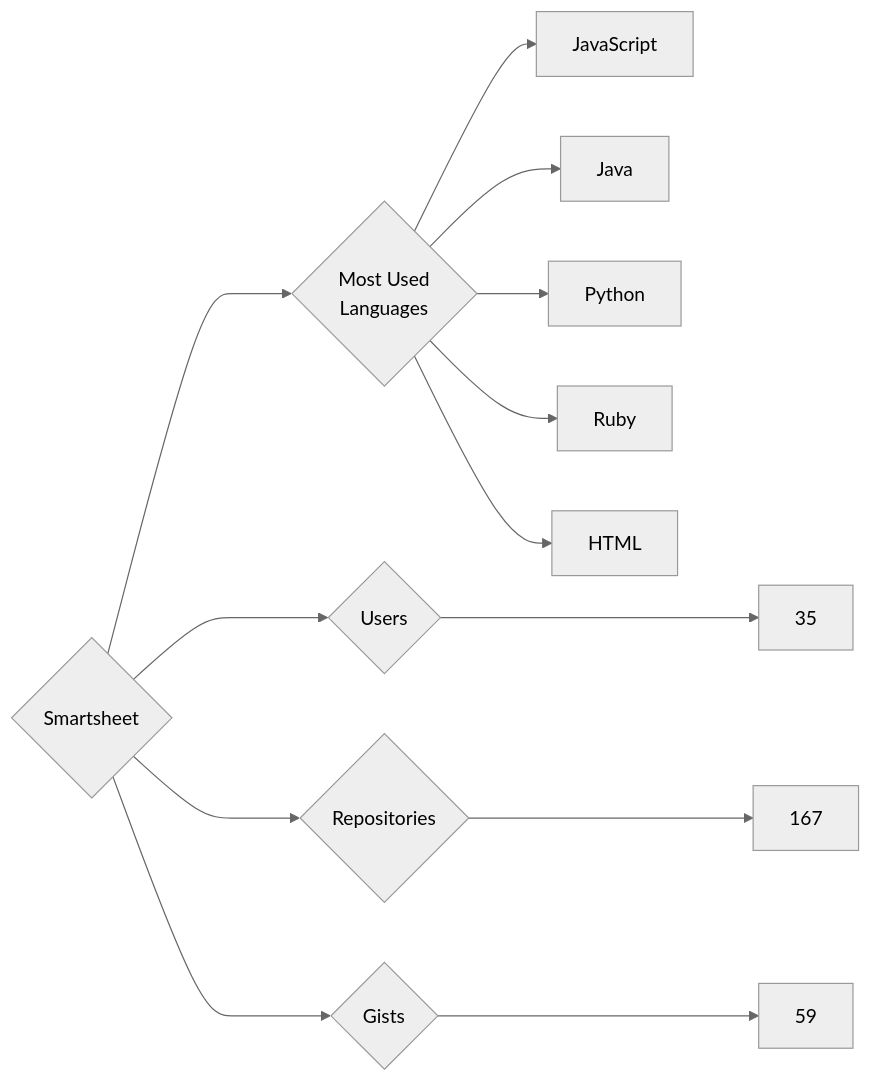
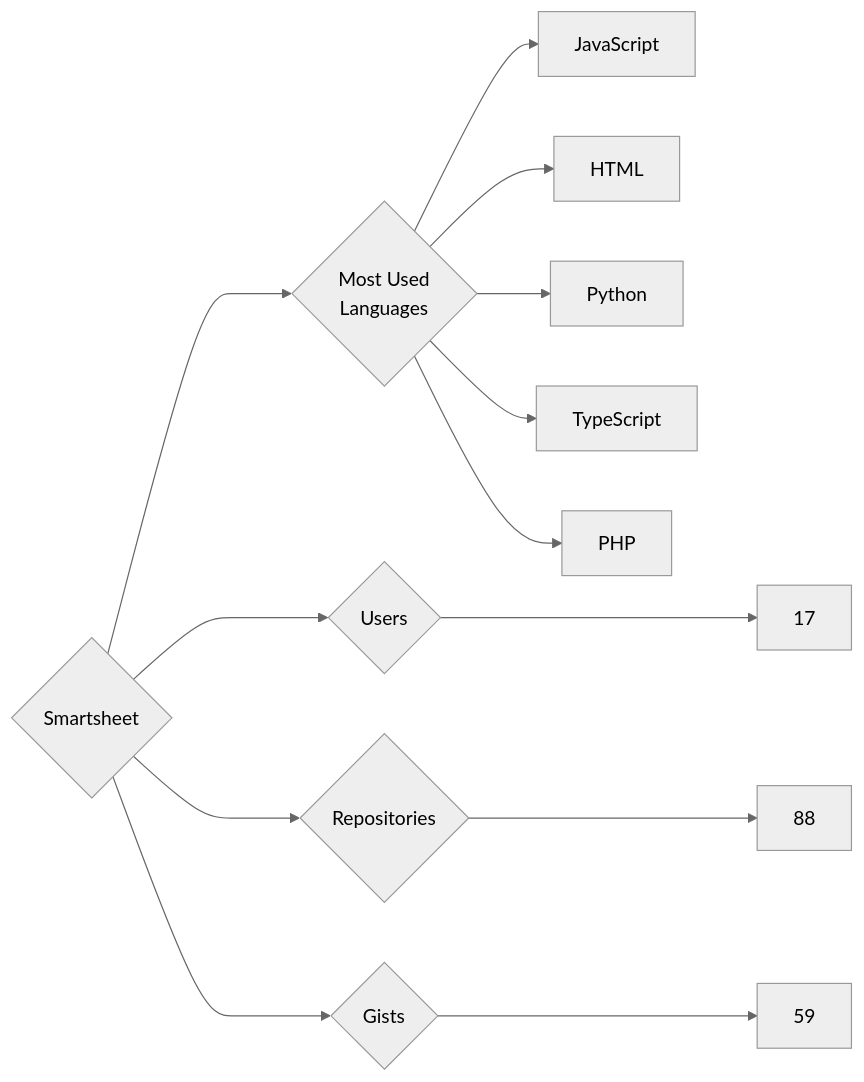
One commit to trickest/insiders changed the diagram in targets/Smartsheet/README.md. Above: the diagram before and after it, drawn with Mermaid (neutral theme). The commit also changed 871 other files, not shown here.

````diff
--- a/targets/Smartsheet/README.md
+++ b/targets/Smartsheet/README.md
@@ -3,13 +3,13 @@
 ```mermaid
 graph LR
 COMPANY_NAME{Smartsheet}
-COMPANY_NAME ---> U{Users} ---> UN[35]
-COMPANY_NAME ---> R{Repositories} ---> RN[167]
+COMPANY_NAME ---> U{Users} ---> UN[17]
+COMPANY_NAME ---> R{Repositories} ---> RN[88]
 COMPANY_NAME ---> G{Gists} ---> GN[59]
 COMPANY_NAME ---> ML{Most Used<br>Languages}
 ML --> JavaScript[JavaScript]
-ML --> Java[Java]
+ML --> HTML[HTML]
 ML --> Python[Python]
-ML --> Ruby[Ruby]
-ML --> HTML[HTML]
+ML --> TypeScript[TypeScript]
+ML --> PHP[PHP]
 ```
````
